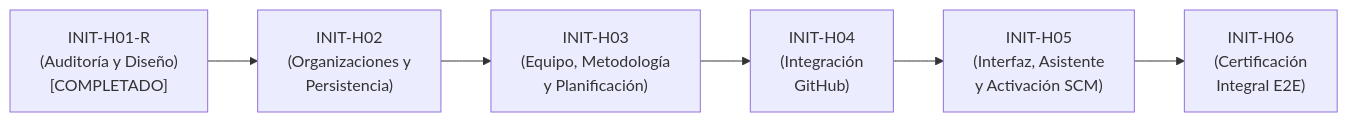
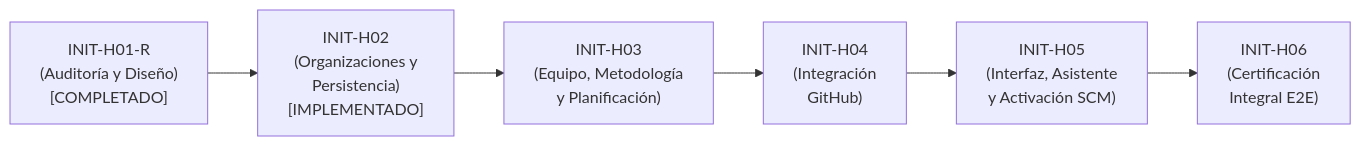
One commit to JMedina255/TraceFlow changed the third of 3 diagrams in docs/PLAN_INICIALIZACION_PROYECTOS.md. Above: the diagram before and after it, drawn with Mermaid. The commit also changed other lines of this file and 3 other files, not shown here.

````diff
--- a/docs/PLAN_INICIALIZACION_PROYECTOS.md
+++ b/docs/PLAN_INICIALIZACION_PROYECTOS.md
@@ -760,8 +760,8 @@
 ```mermaid
 flowchart LR
-    H01["INIT-H01-R\n(Auditoría y Diseño)\n[COMPLETADO]"] --> H02["INIT-H02\n(Organizaciones y\nPersistencia)"]
+    H01["INIT-H01-R\n(Auditoría y Diseño)\n[COMPLETADO]"] --> H02["INIT-H02\n(Organizaciones y\nPersistencia)\n[IMPLEMENTADO]"]
     H02 --> H03["INIT-H03\n(Equipo, Metodología\ny Planificación)"]
     H03 --> H04["INIT-H04\n(Integración\nGitHub)"]
     H04 --> H05["INIT-H05\n(Interfaz, Asistente\ny Activación SCM)"]
     H05 --> H06["INIT-H06\n(Certificación\nIntegral E2E)"]
 ```
````
